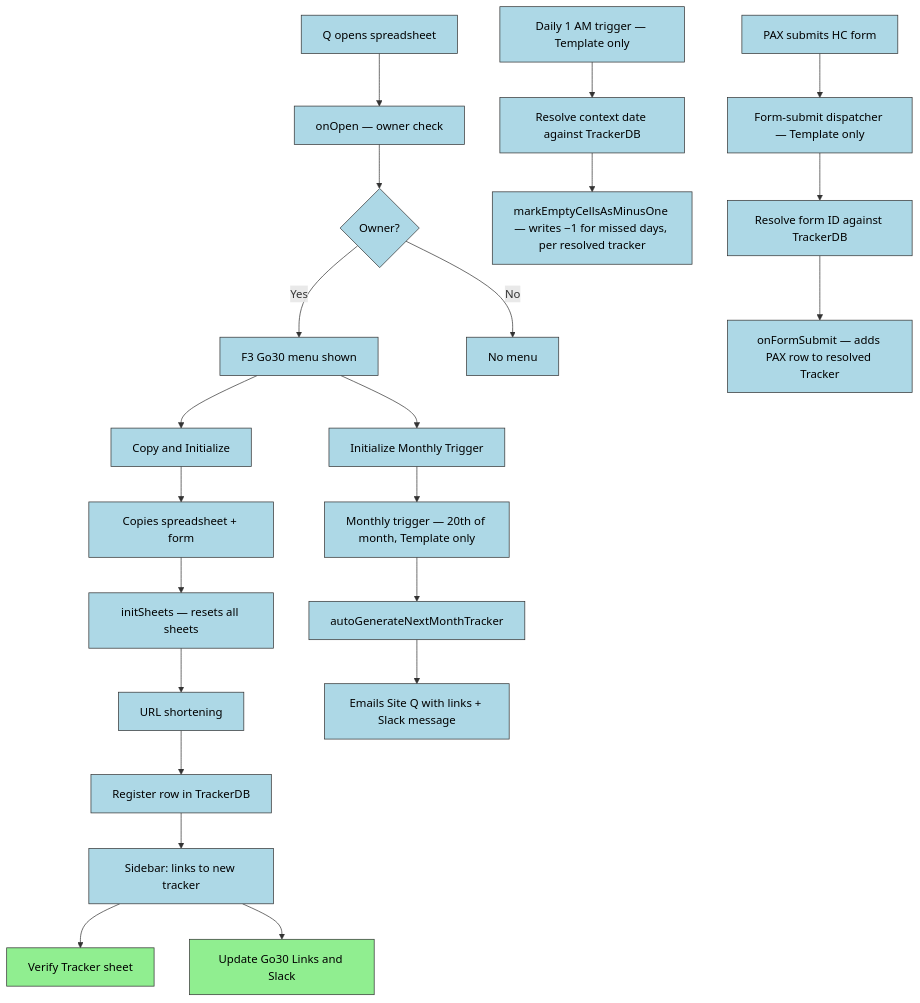
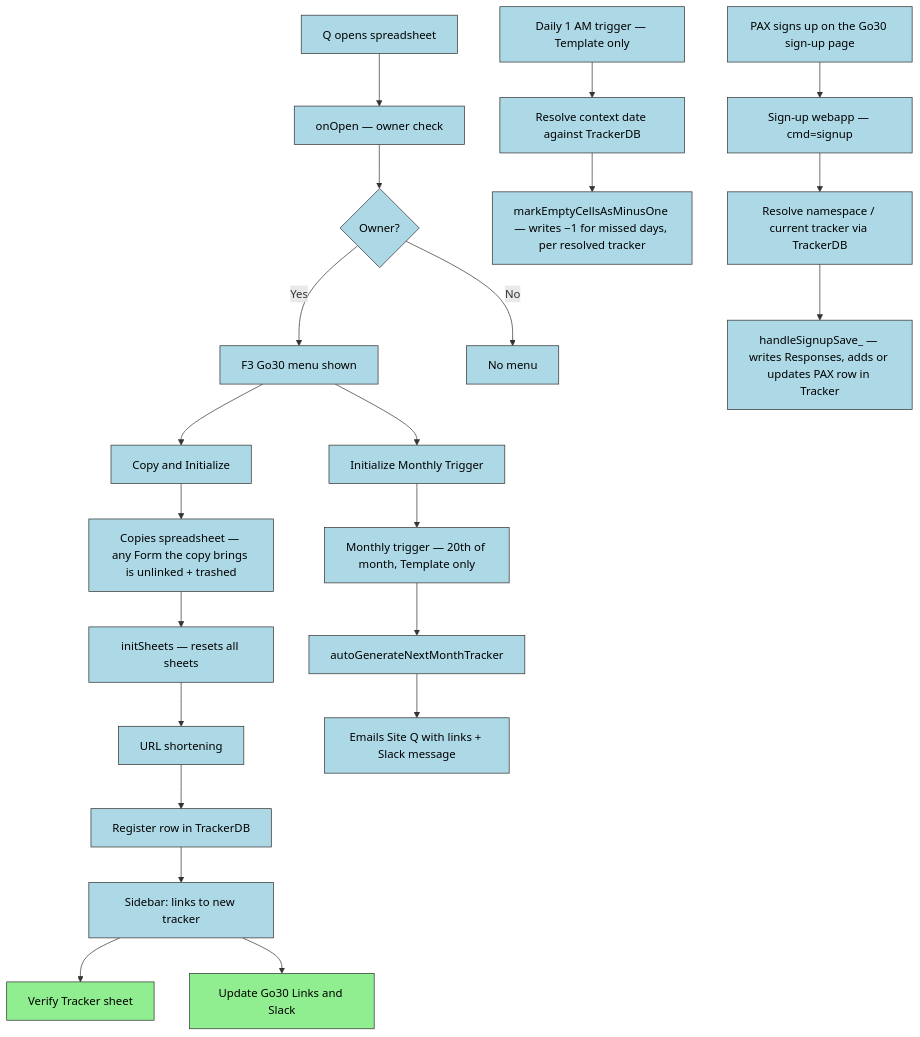
Before and after one commit to stuartdonaldson/F3Go30: the diagram in docs/DESIGN.md, drawn with Mermaid. The commit also changed other lines of this file and 5 other files, not shown here.

````diff
--- a/docs/DESIGN.md
+++ b/docs/DESIGN.md
@@ -44,31 +44,31 @@
 ```mermaid
 %%{init: {'theme': 'architecture-beta'}}%%
 graph TD
     A[Q opens spreadsheet] --> B[onOpen — owner check]
     B --> C{Owner?}
     C -- Yes --> D[F3 Go30 menu shown]
     C -- No --> E[No menu]
     D --> F[Copy and Initialize]
-    F --> G[Copies spreadsheet + form]
+    F --> G[Copies spreadsheet — any Form the copy brings is unlinked + trashed]
     G --> H[initSheets — resets all sheets]
     H --> I[URL shortening]
     I --> TDB[Register row in TrackerDB]
     TDB --> J[Sidebar: links to new tracker]
     %% Q background tasks (manual, in-browser)
     J --> BG1[Verify Tracker sheet]
     J --> BG3[Update Go30 Links and Slack]
     %% Centralized dispatch — installed once on the Template
     L[Daily 1 AM trigger — Template only] --> LDB[Resolve context date against TrackerDB]
     LDB --> P[markEmptyCellsAsMinusOne — writes −1 for missed days, per resolved tracker]
-    N[PAX submits HC form] --> M[Form-submit dispatcher — Template only]
-    M --> MDB[Resolve form ID against TrackerDB]
-    MDB --> O[onFormSubmit — adds PAX row to resolved Tracker]
+    N[PAX signs up on the Go30 sign-up page] --> M[Sign-up webapp — cmd=signup]
+    M --> MDB[Resolve namespace / current tracker via TrackerDB]
+    MDB --> O[handleSignupSave_ — writes Responses, adds or updates PAX row in Tracker]
     D --> MT[Initialize Monthly Trigger]
     MT --> MTrig[Monthly trigger — 20th of month, Template only]
     MTrig --> AGS[autoGenerateNextMonthTracker]
     AGS --> EmailQ[Emails Site Q with links + Slack message]
 classDef lightblue fill:#ADD8E6,stroke:#333,stroke-width:1px,color:#000
 class A,B,C,D,E,F,G,H,I,TDB,J,L,LDB,M,MDB,N,O,P,MT,MTrig,AGS,EmailQ lightblue
 classDef lightgreen fill:#90EE90,stroke:#333,stroke-width:1px,color:#000
 class BG1,BG3 lightgreen
 ```
````
